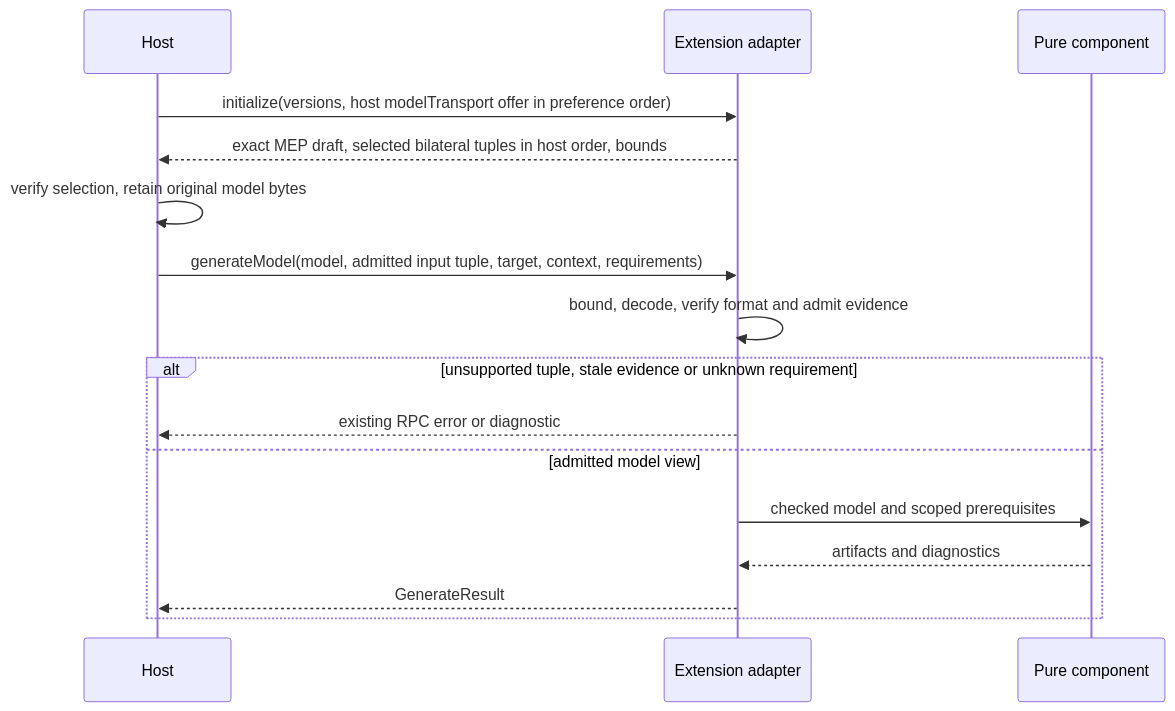
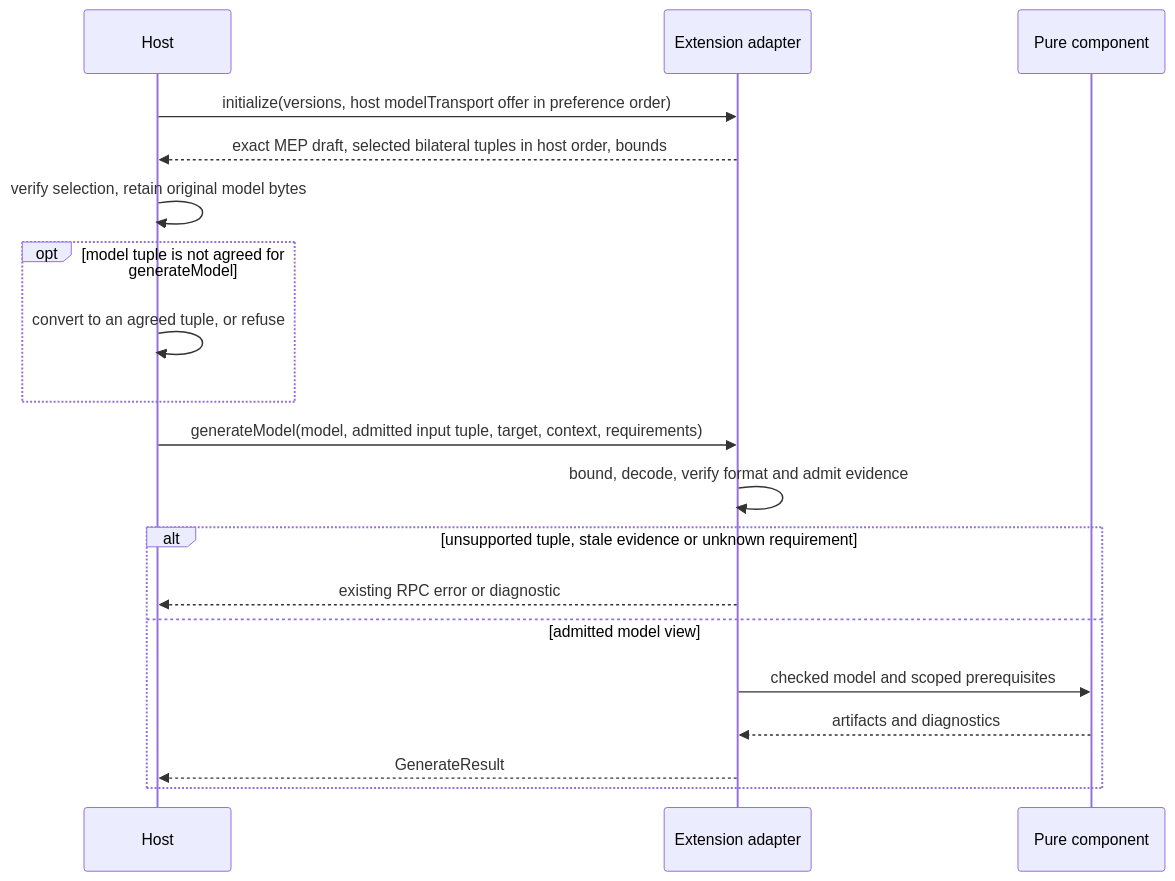
The diagram in spec/mep/model-transport.md (finos/morphir), drawn with Mermaid before and after one commit. The commit also changed other lines of this file and 5 other files, not shown here.

First line of the commit message:
docs(mep): state host conversion for generateModel

````diff
--- a/spec/mep/model-transport.md
+++ b/spec/mep/model-transport.md
@@ -73,18 +73,21 @@
 ```mermaid
 sequenceDiagram
     participant H as Host
     participant G as Extension adapter
     participant C as Pure component
     H->>G: initialize(versions, host modelTransport offer in preference order)
     G-->>H: exact MEP draft, selected bilateral tuples in host order, bounds
     H->>H: verify selection, retain original model bytes
+    opt model tuple is not agreed for generateModel
+        H->>H: convert to an agreed tuple, or refuse
+    end
     H->>G: generateModel(model, admitted input tuple, target, context, requirements)
     G->>G: bound, decode, verify format and admit evidence
     alt unsupported tuple, stale evidence or unknown requirement
         G-->>H: existing RPC error or diagnostic
     else admitted model view
         G->>C: checked model and scoped prerequisites
         C-->>G: artifacts and diagnostics
         G-->>H: GenerateResult
     end
 ```
````
